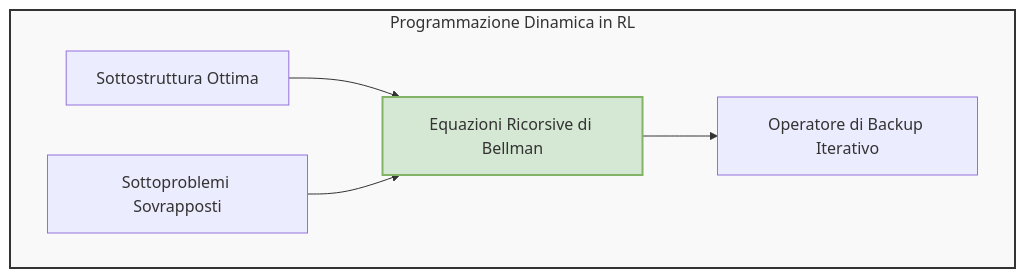
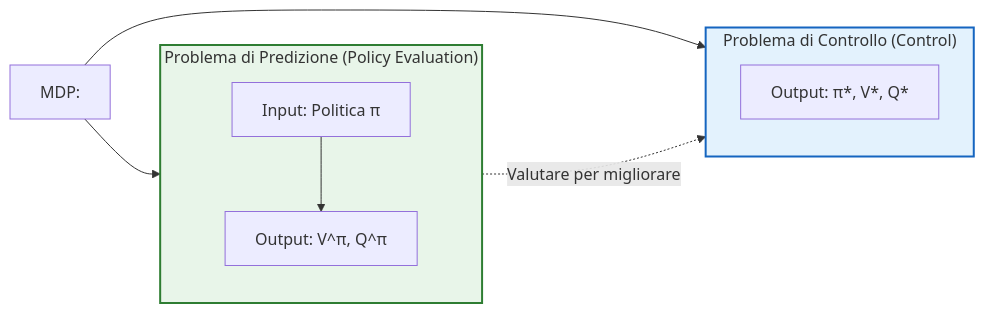
One commit to giovannistefanuto/Lezionify-Appunti changed the third of 6 diagrams in Reinforcement Learning/2026-10-12/schema.md. Above: the diagram before and after it, drawn with Mermaid. The commit also changed other lines of this file and 2 other files, not shown here.

````diff
--- a/Reinforcement Learning/2026-10-12/schema.md
+++ b/Reinforcement Learning/2026-10-12/schema.md
@@ -126,10 +156,21 @@
 ```mermaid
-flowchart TD
-    subgraph DP["Programmazione Dinamica in RL"]
-        A["Sottostruttura Ottima"] --> C["Equazioni Ricorsive di Bellman"]
-        B["Sottoproblemi Sovrapposti"] --> C
-        C --> D["Operatore di Backup Iterativo"]
+flowchart LR
+    MDP["MDP: <S, A, P, R, γ>"]
+    
+    subgraph Predizione["Problema di Predizione (Policy Evaluation)"]
+        InP["Input: Politica π"]
+        OutP["Output: V^π, Q^π"]
+        InP --> OutP
     end
-    style DP fill:#f9f9f9,stroke:#333333,stroke-width:2px
-    style C fill:#d5e8d4,stroke:#82b366,stroke-width:2px
+
+    subgraph Controllo["Problema di Controllo (Control)"]
+        OutC["Output: π*, V*, Q*"]
+    end
+
+    MDP --> Predizione
+    MDP --> Controllo
+    Predizione -.->|"Valutare per migliorare"| Controllo
+
+    style Predizione fill:#e8f5e9,stroke:#2e7d32,stroke-width:2px
+    style Controllo fill:#e3f2fd,stroke:#1565c0,stroke-width:2px
 ```
````
